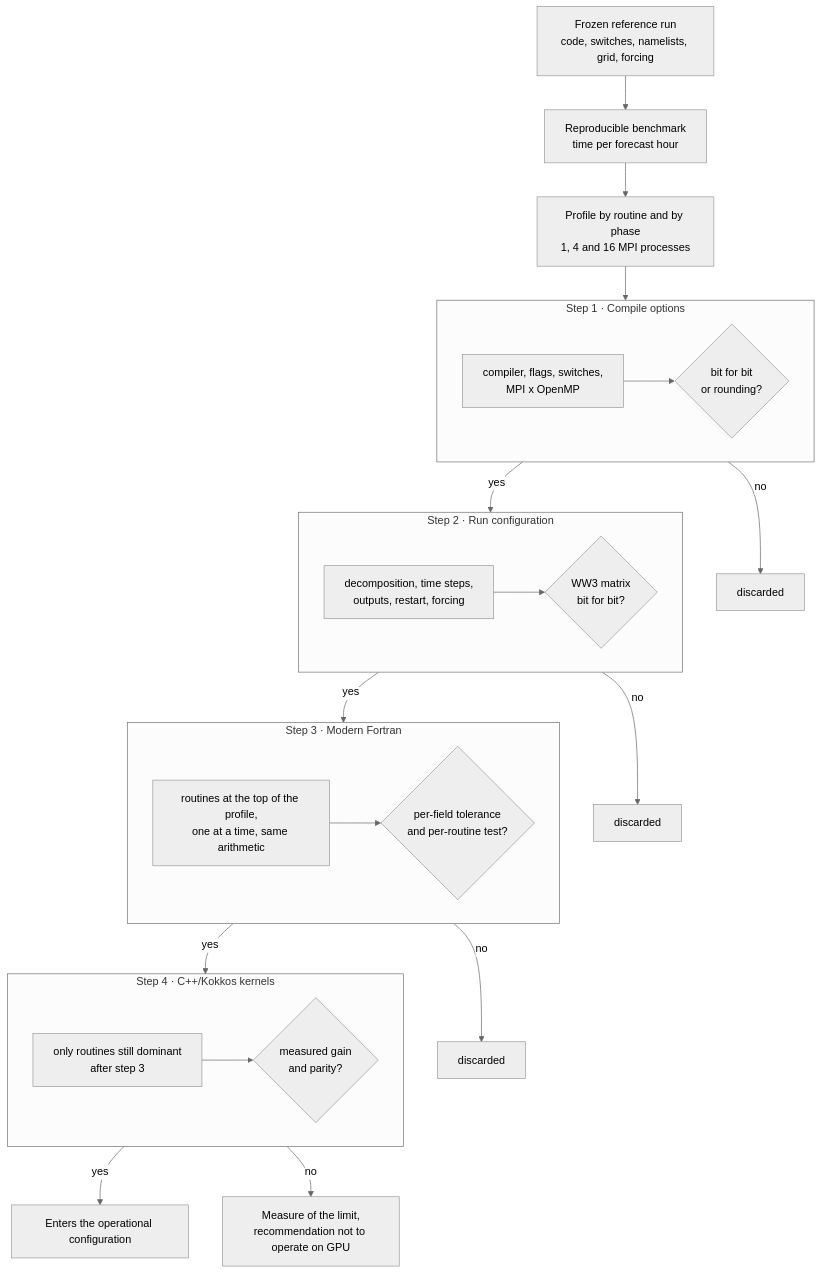
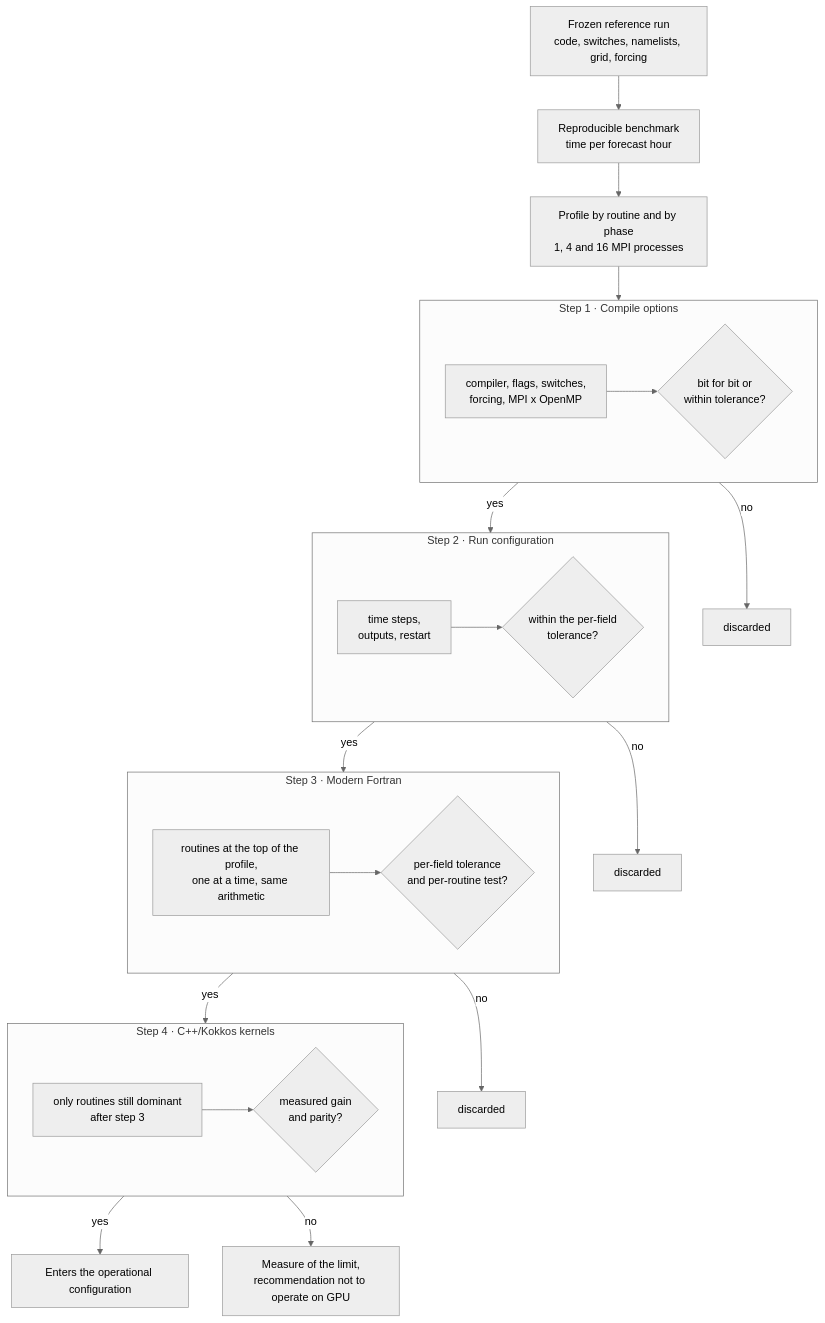
Before and after one commit to h0ffmann/ww3-gpu: the third of 4 diagrams in course/13-bulk-porting-with-agents.md, drawn with Mermaid (neutral theme). The commit also changed other lines of this file and 38 other files, not shown here.

First line of the commit message:
figures: a harness around the repo's Mermaid diagrams (#33)

````diff
--- a/course/13-bulk-porting-with-agents.md
+++ b/course/13-bulk-porting-with-agents.md
@@ -109,30 +139,32 @@
 ```mermaid
+%% figure: optimisation-ladder-gates
+%% title: Which gate must each optimisation step pass before the next step starts?
 flowchart TD
     R[Frozen reference run<br/>code, switches, namelists, grid, forcing] --> B[Reproducible benchmark<br/>time per forecast hour]
     B --> P[Profile by routine and by phase<br/>1, 4 and 16 MPI processes]
     P --> E1
     subgraph E1[Step 1 · Compile options]
         direction LR
-        E1a[compiler, flags, switches,<br/>MPI x OpenMP] --> E1g{bit for bit<br/>or rounding?}
+        E1a[compiler, flags, switches,<br/>forcing, MPI x OpenMP] --> E1g{bit for bit or<br/>within tolerance?}
     end
     E1g -- yes --> E2
     E1g -- no --> X1[discarded]
     subgraph E2[Step 2 · Run configuration]
         direction LR
-        E2a[decomposition, time steps,<br/>outputs, restart, forcing] --> E2g{WW3 matrix<br/>bit for bit?}
+        E2a[time steps,<br/>outputs, restart] --> E2g{within the per-field<br/>tolerance?}
     end
     E2g -- yes --> E3
     E2g -- no --> X2[discarded]
     subgraph E3[Step 3 · Modern Fortran]
         direction LR
         E3a[routines at the top of the profile,<br/>one at a time, same arithmetic] --> E3g{per-field tolerance<br/>and per-routine test?}
     end
     E3g -- yes --> E4
     E3g -- no --> X3[discarded]
     subgraph E4[Step 4 · C++/Kokkos kernels]
         direction LR
         E4a[only routines still dominant<br/>after step 3] --> E4g{measured gain<br/>and parity?}
     end
     E4g -- yes --> OP[Enters the operational configuration]
     E4g -- no --> LIM[Measure of the limit,<br/>recommendation not to operate on GPU]
 ```
````
